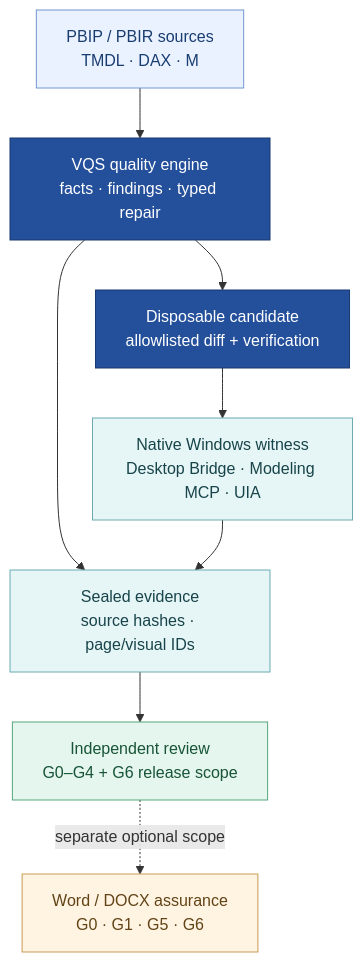
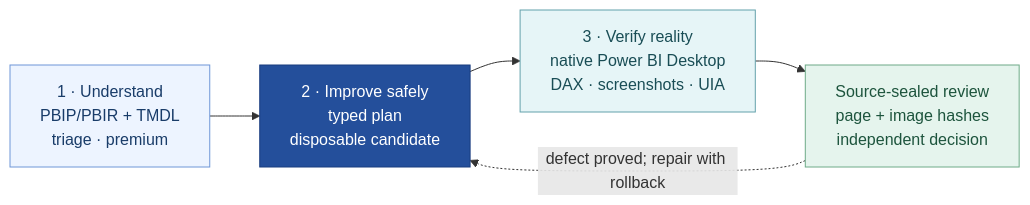
Before and after one commit to analienx/visual-quality-system: the diagram in README.md, drawn with Mermaid. The commit also changed other lines of this file and 4 other files, not shown here.

First line of the commit message:
docs: premium Power BI onboarding and 21 October evidence-backed preview (#72)

````diff
--- a/README.md
+++ b/README.md
@@ -61,20 +52,15 @@
-~~~mermaid
-flowchart TB
-  S["PBIP / PBIR sources<br/>TMDL · DAX · M"] --> Q["VQS quality engine<br/>facts · findings · typed repair"]
-  Q --> C["Disposable candidate<br/>allowlisted diff + verification"]
-  C --> W["Native Windows witness<br/>Desktop Bridge · Modeling MCP · UIA"]
-  Q --> E["Sealed evidence<br/>source hashes · page/visual IDs"]
-  W --> E
-  E --> J["Independent review<br/>G0–G4 + G6 release scope"]
-  J -. "separate optional scope" .-> D["Word / DOCX assurance<br/>G0 · G1 · G5 · G6"]
-  classDef blue fill:#eaf2ff,stroke:#7396d2,color:#193d70
-  classDef dark fill:#234f9b,stroke:#18396e,color:#ffffff
-  classDef teal fill:#e6f5f6,stroke:#6babb0,color:#17444a
-  classDef amber fill:#fff4e2,stroke:#c99b55,color:#614316
-  classDef green fill:#e4f6ed,stroke:#55a77c,color:#185438
-  class S blue
-  class Q,C dark
-  class W,E teal
-  class J green
-  class D amber
-~~~
+```mermaid
+flowchart LR
+  A["1 · Understand<br/>PBIP/PBIR + TMDL<br/>triage · premium"] --> B["2 · Improve safely<br/>typed plan<br/>disposable candidate"]
+  B --> C["3 · Verify reality<br/>native Power BI Desktop<br/>DAX · screenshots · UIA"]
+  C --> D["Source-sealed review<br/>page + image hashes<br/>independent decision"]
+  D -. "defect proved; repair with rollback" .-> B
+  classDef input fill:#edf4ff,stroke:#6e96d7,color:#193c69
+  classDef core fill:#244f9b,stroke:#183c7f,color:#ffffff
+  classDef verify fill:#e6f5f7,stroke:#63a1ab,color:#194d55
+  classDef review fill:#e5f4ed,stroke:#6eaa88,color:#1d543d
+  class A input
+  class B core
+  class C verify
+  class D review
+```
````
